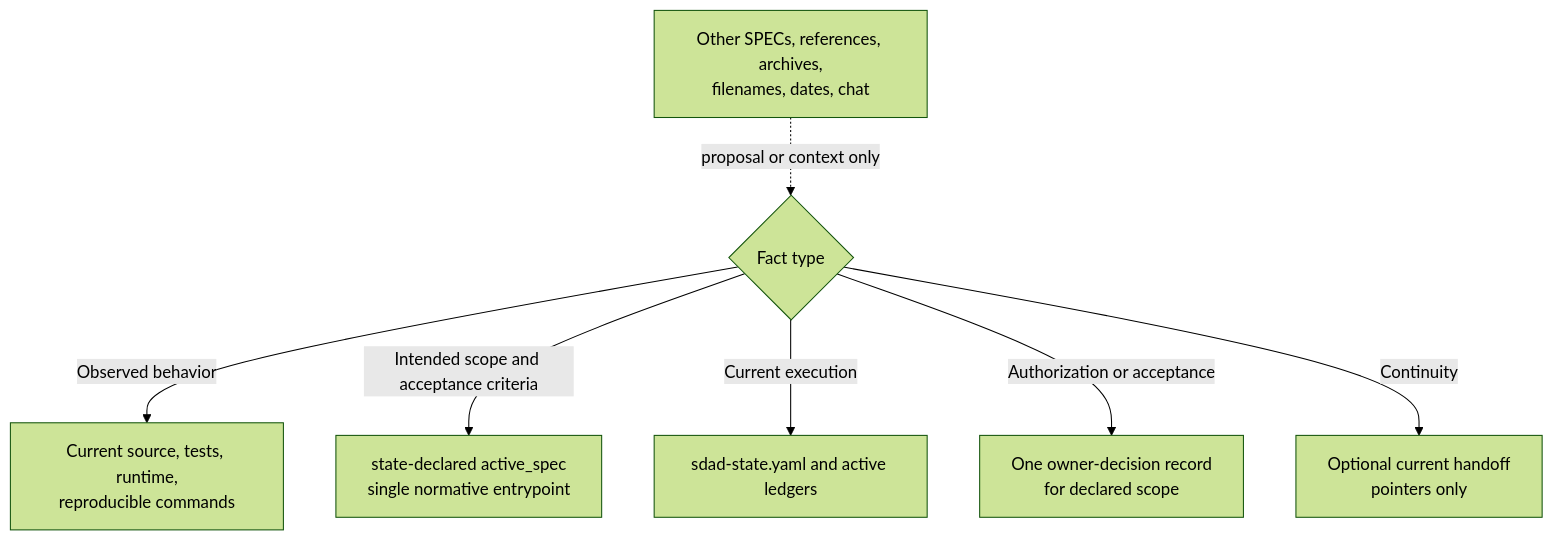
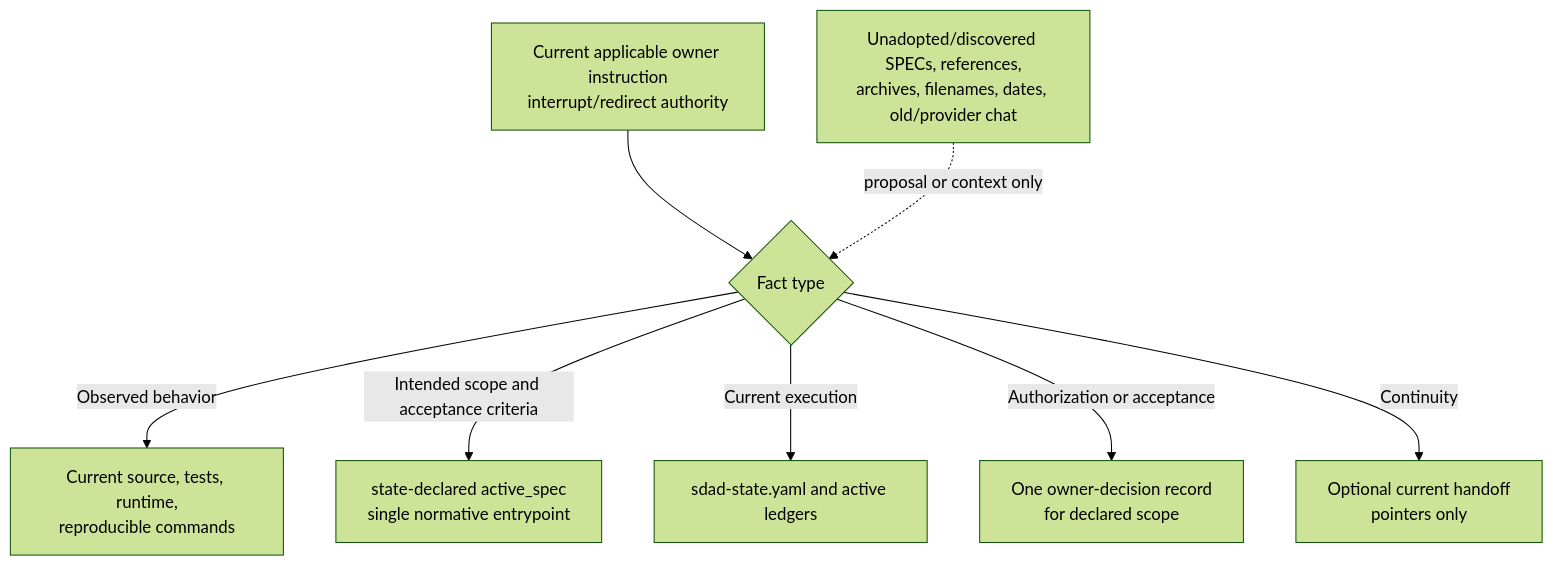
Before and after one commit to LiveTrack-X/spec-driven-ai-development: the fourth of 8 diagrams in docs/diagrams.md, drawn with Mermaid (forest theme). The commit also changed other lines of this file and 53 other files, not shown here.

````diff
--- a/docs/diagrams.md
+++ b/docs/diagrams.md
@@ -42,10 +60,11 @@
 ```mermaid
 flowchart TD
     F{"Fact type"}
+    OI["Current applicable owner instruction\ninterrupt/redirect authority"] --> F
     F -->|"Observed behavior"| E["Current source, tests, runtime,\nreproducible commands"]
     F -->|"Intended scope and acceptance criteria"| AS["state-declared active_spec\nsingle normative entrypoint"]
     F -->|"Current execution"| ST["sdad-state.yaml and active ledgers"]
     F -->|"Authorization or acceptance"| OD["One owner-decision record\nfor declared scope"]
     F -->|"Continuity"| CH["Optional current handoff\npointers only"]
-    P["Other SPECs, references, archives,\nfilenames, dates, chat"] -. "proposal or context only" .-> F
+    P["Unadopted/discovered SPECs, references,\narchives, filenames, dates, old/provider chat"] -. "proposal or context only" .-> F
 ```
````
